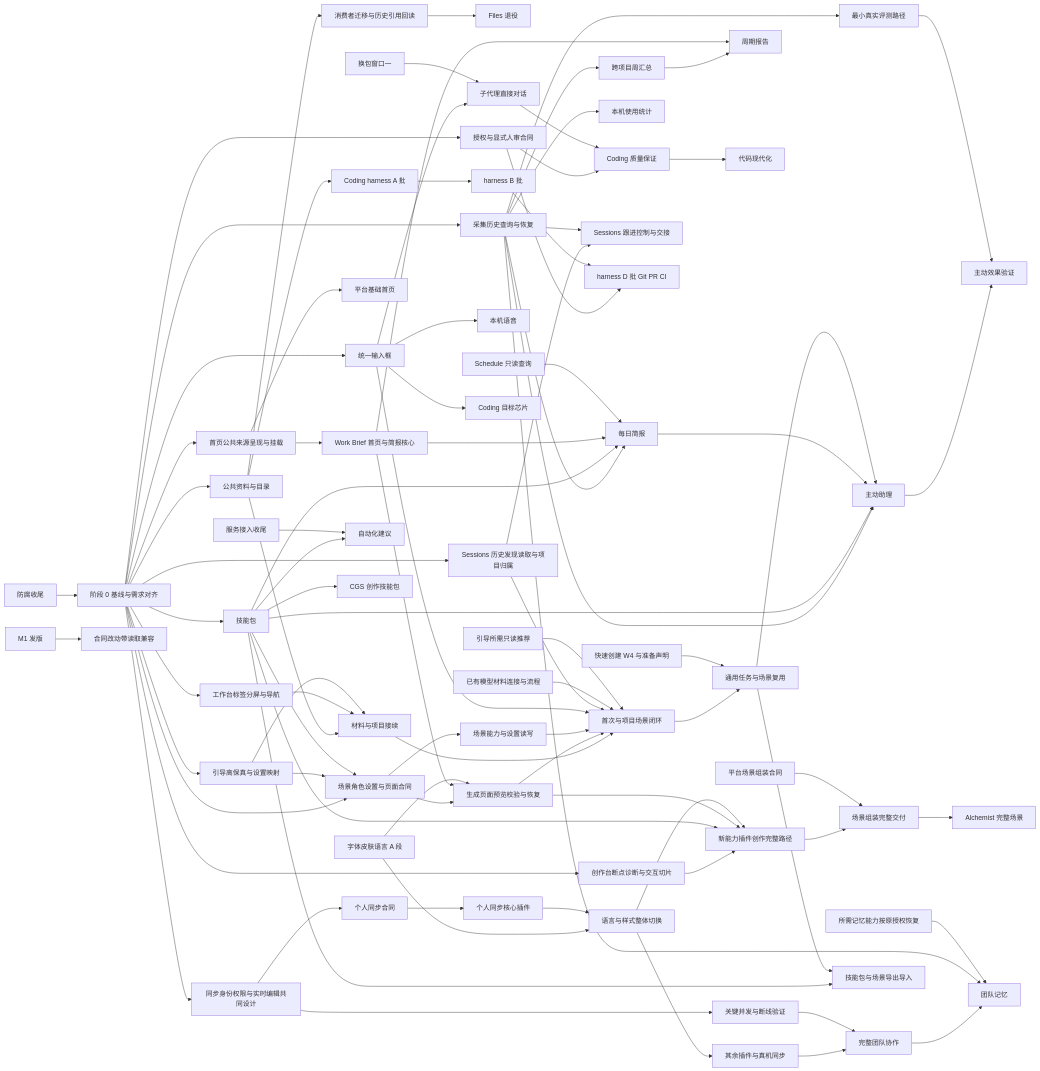
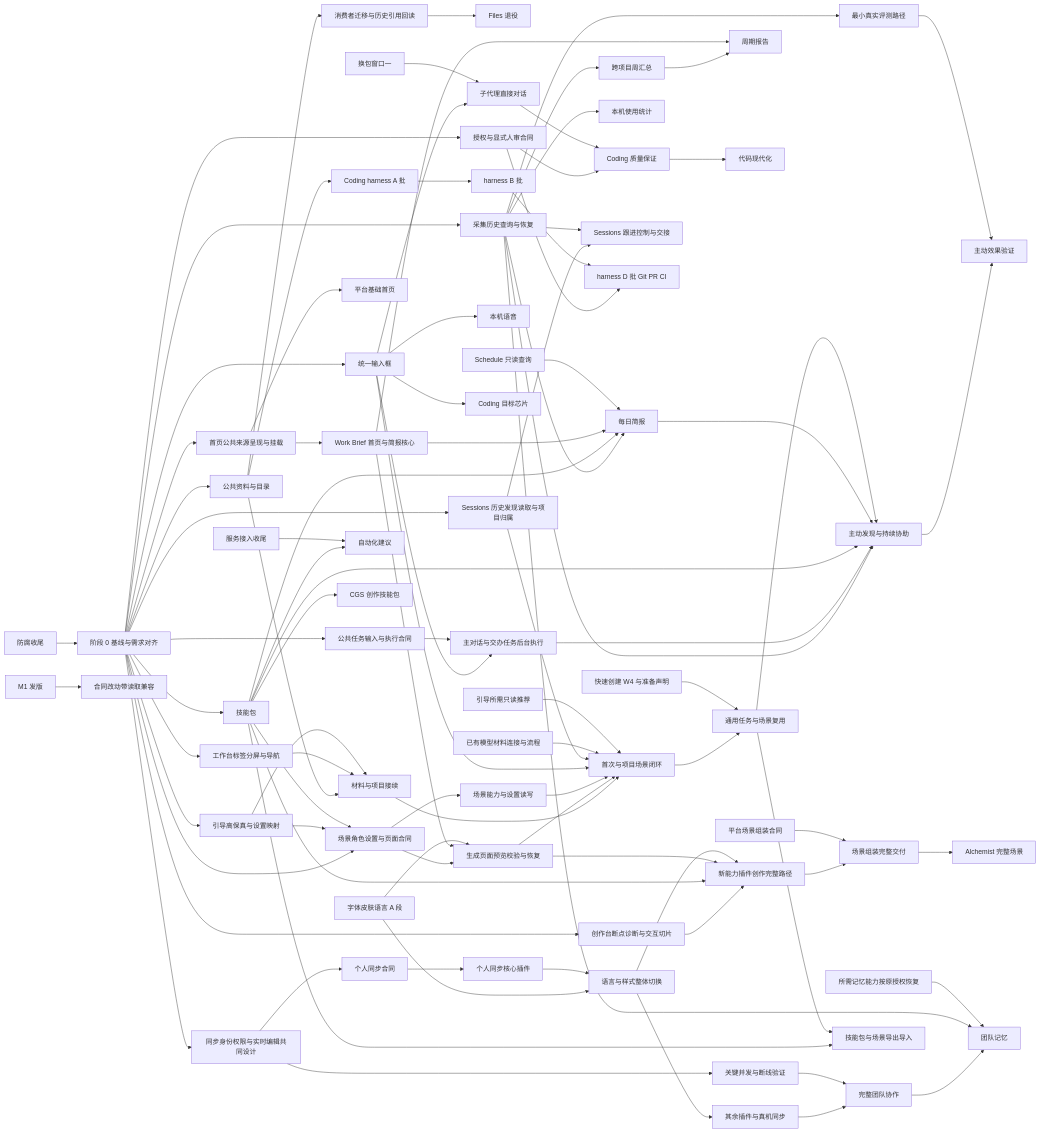
The diagram in specs/post-anticorruption-roadmap/spec.md (molis-ai/molis-work), drawn with Mermaid before and after one commit. The commit also changed other lines of this file and 5 other files, not shown here.

```diff
--- a/specs/post-anticorruption-roadmap/spec.md
+++ b/specs/post-anticorruption-roadmap/spec.md
@@ -227,6 +227,9 @@
   IN --> VO[本机语音]
   IN --> SUB[子代理直接对话]
   IN --> CHIP[Coding 目标芯片]
+  IN --> BT[主对话与交办任务后台执行]
+  S0 --> COORD[公共任务输入与执行合同]
+  COORD --> BT
   S0 --> COL[采集历史查询与恢复]
   S0 --> HIST
   COL --> EV[最小真实评测路径]
@@ -234,7 +237,8 @@
   SP --> DB
   WB --> DB
   SQ[Schedule 只读查询] --> DB
-  COL --> PA[主动助理]
+  COL --> PA[主动发现与持续协助]
+  BT --> PA
   SP --> PA
   DB --> PA
   OT --> PA
```
